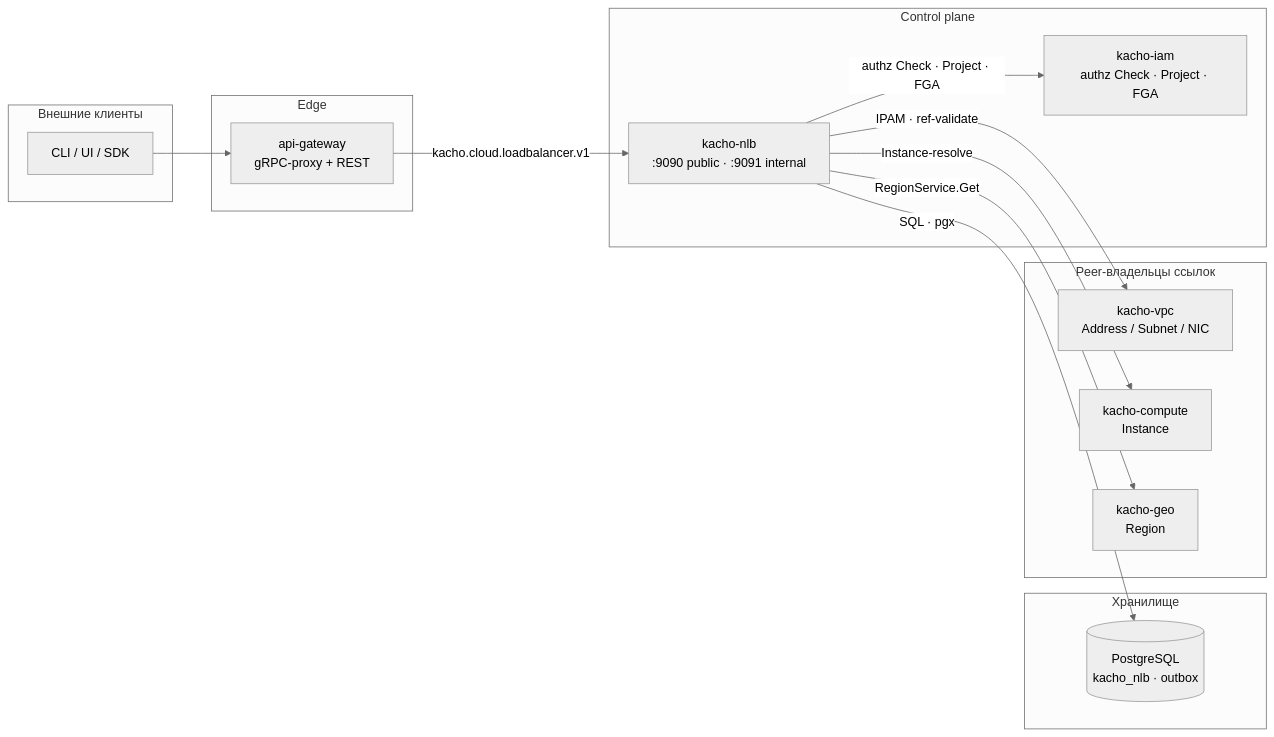
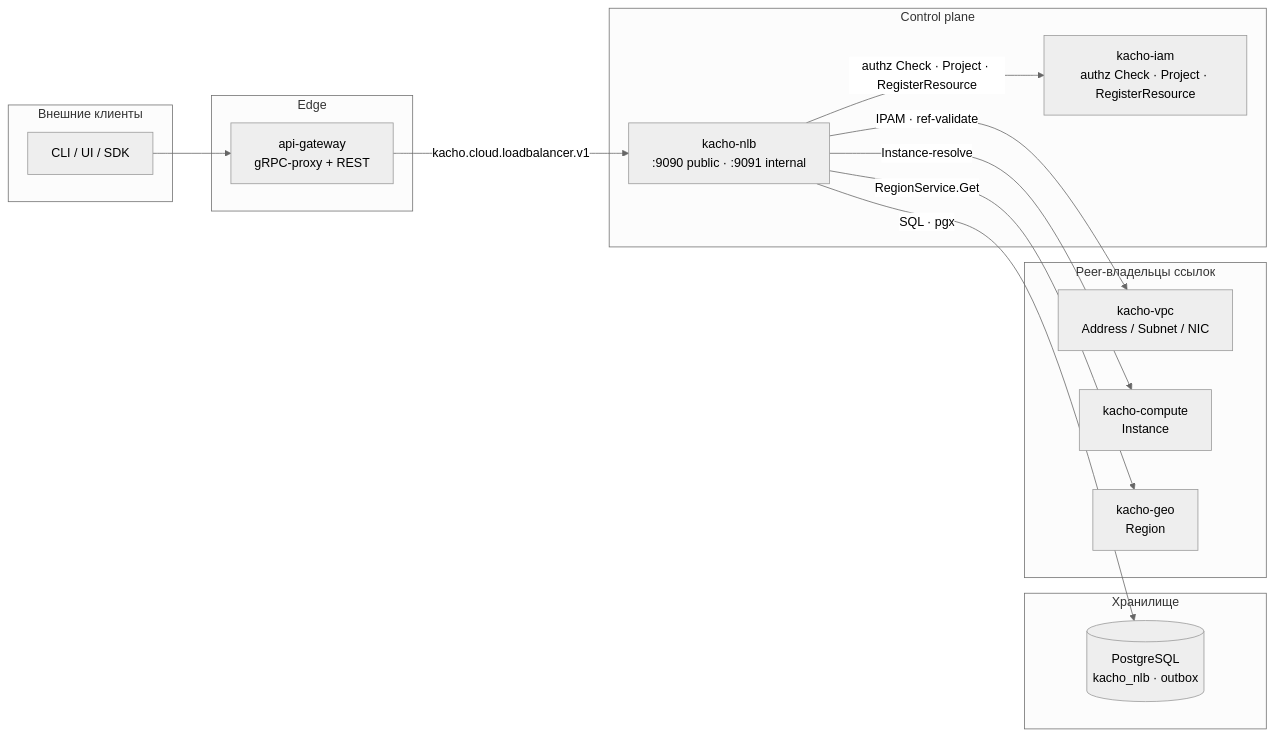
The second of 2 diagrams in services/nlb/docs/content/intro.mdx (PRO-Robotech/kacho), drawn with Mermaid (neutral theme) before and after one commit. The commit also changed other lines of this file and 589 other files, not shown here.

````diff
--- a/services/nlb/docs/content/intro.mdx
+++ b/services/nlb/docs/content/intro.mdx
@@ -118,29 +118,29 @@
 ```mermaid
 flowchart LR
   subgraph ext["Внешние клиенты"]
     cli["CLI / UI / SDK"]
   end
   subgraph edge["Edge"]
     agw["api-gateway<br/>gRPC-proxy + REST"]
   end
   subgraph cp["Control plane"]
     nlb["kacho-nlb<br/>:9090 public · :9091 internal"]
-    iam["kacho-iam<br/>authz Check · Project · FGA"]
+    iam["kacho-iam<br/>authz Check · Project · RegisterResource"]
   end
   subgraph store["Хранилище"]
     pg[("PostgreSQL<br/>kacho_nlb · outbox")]
   end
   subgraph peers["Peer-владельцы ссылок"]
     vpc["kacho-vpc<br/>Address / Subnet / NIC"]
     cmp["kacho-compute<br/>Instance"]
     geo["kacho-geo<br/>Region"]
   end
 
   cli --> agw
   agw -->|"kacho.cloud.loadbalancer.v1"| nlb
   nlb -->|"SQL · pgx"| pg
-  nlb -->|"authz Check · Project · FGA"| iam
+  nlb -->|"authz Check · Project · RegisterResource"| iam
   nlb -->|"IPAM · ref-validate"| vpc
   nlb -->|"Instance-resolve"| cmp
   nlb -->|"RegionService.Get"| geo
 ```
````
